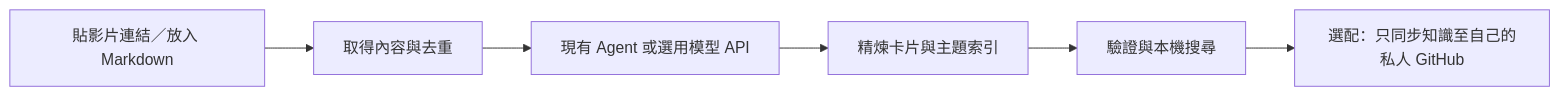
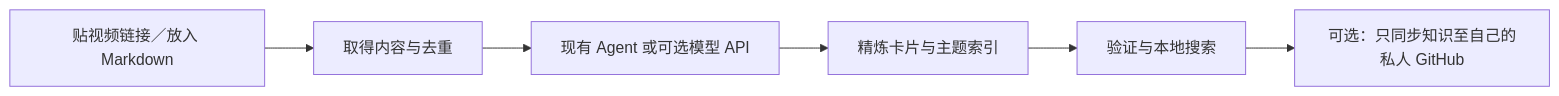
One commit to AngusDaGG/Auto-Knowledge-Base changed the diagram in README.md. Above: the diagram before and after it, drawn with Mermaid. The commit also changed other lines of this file, not shown here.

````diff
--- a/README.md
+++ b/README.md
@@ -17,8 +17,8 @@
 ```mermaid
 flowchart LR
-    A[貼影片連結／放入 Markdown] --> B[取得內容與去重]
-    B --> C[現有 Agent 或選用模型 API]
-    C --> D[精煉卡片與主題索引]
-    D --> E[驗證與本機搜尋]
-    E --> F[選配：只同步知識至自己的私人 GitHub]
+    A[贴视频链接／放入 Markdown] --> B[取得内容与去重]
+    B --> C[现有 Agent 或可选模型 API]
+    C --> D[精炼卡片与主题索引]
+    D --> E[验证与本地搜索]
+    E --> F[可选：只同步知识至自己的私人 GitHub]
 ```
````
